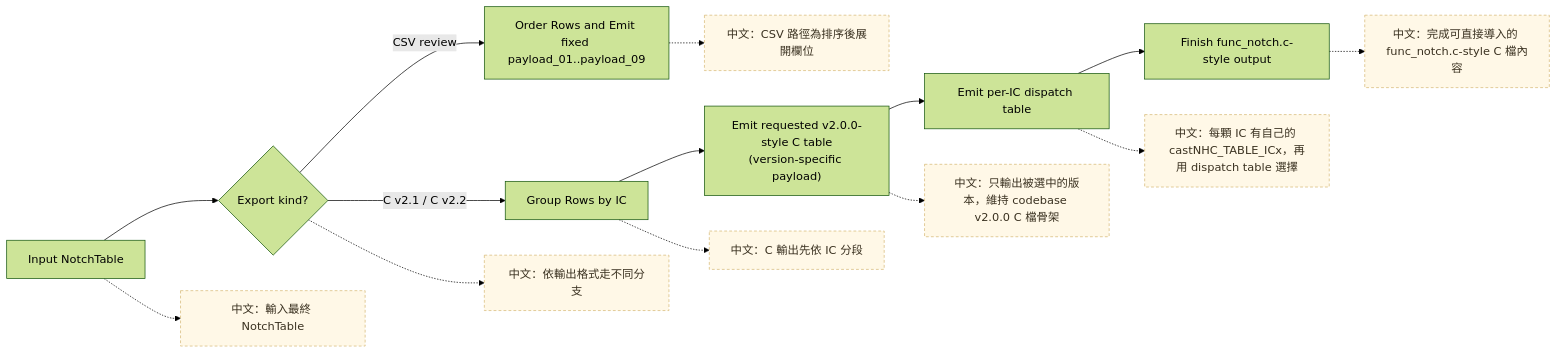
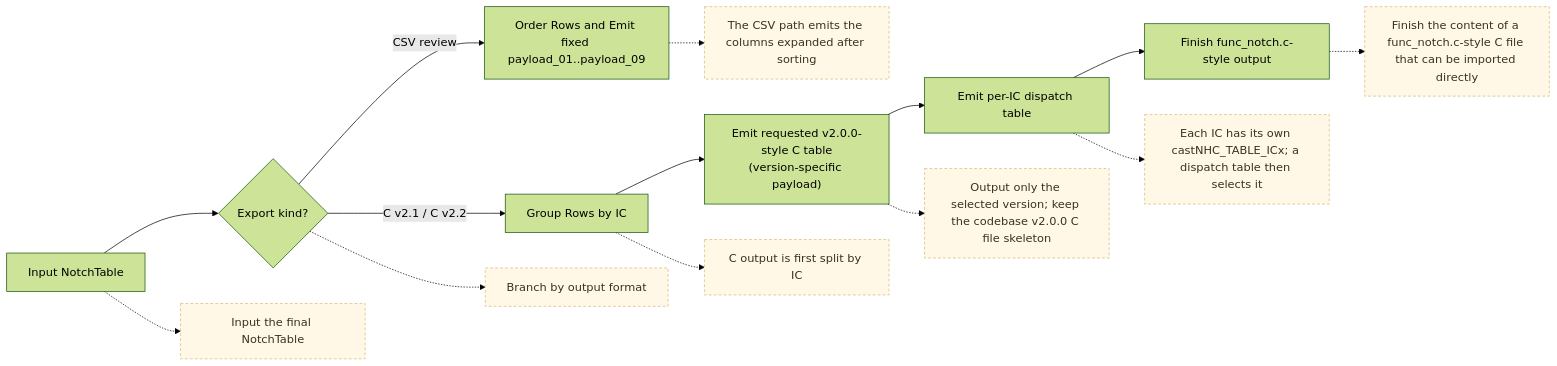
One commit to Dennis40816/nvt-freeform-helper changed the fifth of 5 diagrams in docs/core/notch-v21-v22-flow.md. Above: the diagram before and after it, drawn with Mermaid (forest theme). The commit also changed other lines of this file and 34 other files, not shown here.

````diff
--- a/docs/core/notch-v21-v22-flow.md
+++ b/docs/core/notch-v21-v22-flow.md
@@ -445,27 +445,27 @@
 ```mermaid
 flowchart LR
     A["Input NotchTable"] --> B{"Export kind?"}
     B -- "CSV review" --> C["Order Rows and Emit fixed payload_01..payload_09"]
     B -- "C v2.1 / C v2.2" --> D["Group Rows by IC"]
     D --> E["Emit requested v2.0.0-style C table<br/>(version-specific payload)"]
     E --> F["Emit per-IC dispatch table"]
     F --> G["Finish func_notch.c-style output"]
 
-    A_CN["中文：輸入最終 NotchTable"]:::note
-    B_CN["中文：依輸出格式走不同分支"]:::note
-    C_CN["中文：CSV 路徑為排序後展開欄位"]:::note
-    D_CN["中文：C 輸出先依 IC 分段"]:::note
-    E_CN["中文：只輸出被選中的版本，維持 codebase v2.0.0 C 檔骨架"]:::note
-    F_CN["中文：每顆 IC 有自己的 castNHC_TABLE_ICx，再用 dispatch table 選擇"]:::note
-    G_CN["中文：完成可直接導入的 func_notch.c-style C 檔內容"]:::note
+    A_CN["Input the final NotchTable"]:::note
+    B_CN["Branch by output format"]:::note
+    C_CN["The CSV path emits the columns expanded after sorting"]:::note
+    D_CN["C output is first split by IC"]:::note
+    E_CN["Output only the selected version; keep the codebase v2.0.0 C file skeleton"]:::note
+    F_CN["Each IC has its own castNHC_TABLE_ICx; a dispatch table then selects it"]:::note
+    G_CN["Finish the content of a func_notch.c-style C file that can be imported directly"]:::note
 
     A -.-> A_CN
     B -.-> B_CN
     C -.-> C_CN
     D -.-> D_CN
     E -.-> E_CN
     F -.-> F_CN
     G -.-> G_CN
 
     classDef note fill:#FFF8E7,stroke:#D6B874,color:#3A3120,stroke-dasharray: 4 3;
 ```
````
